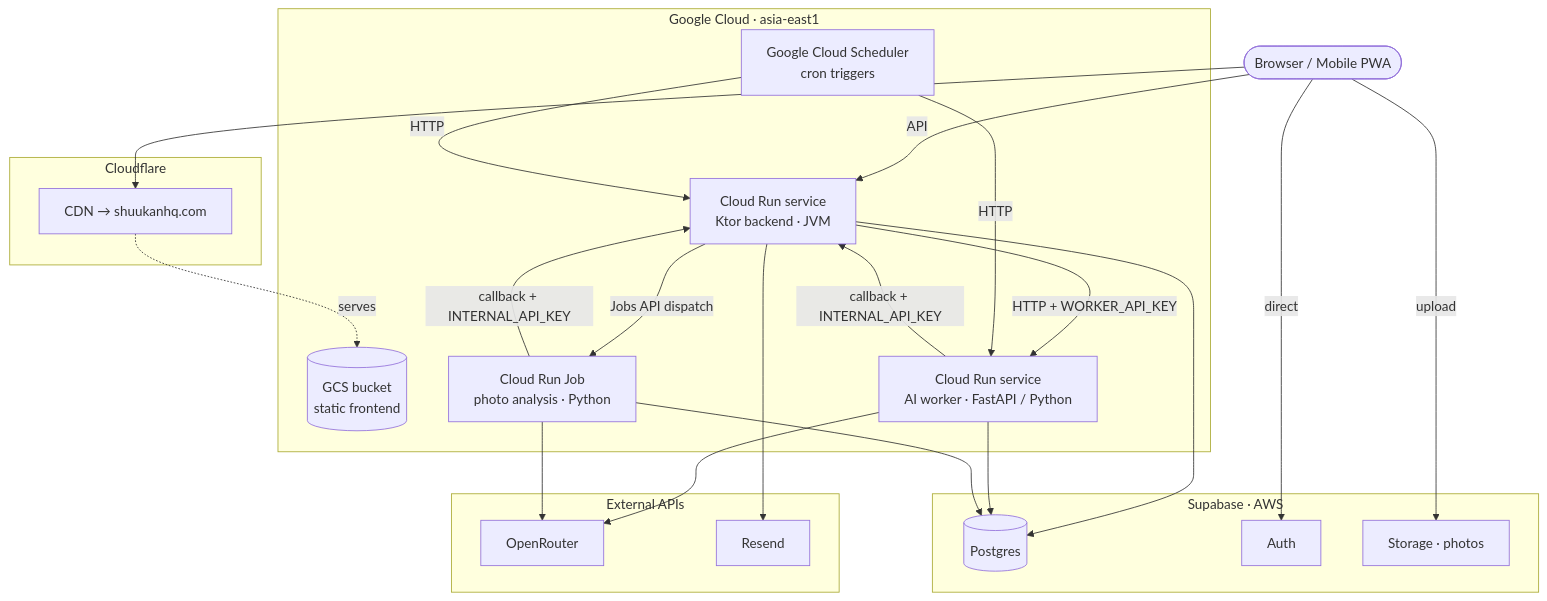
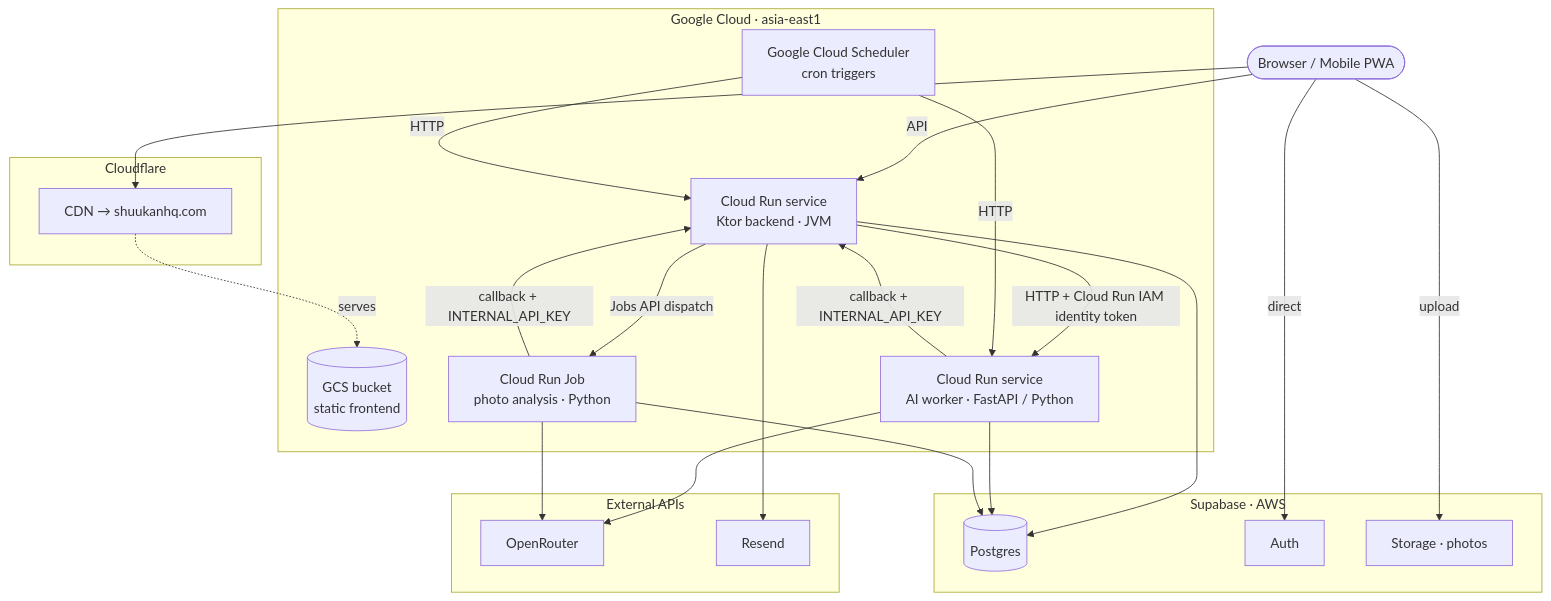
Before and after one commit to iahsanujunda/kanji-masta: the first of 3 diagrams in docs/infra-migration.md, drawn with Mermaid. The commit also changed other lines of this file and 68 other files, not shown here.

````diff
--- a/docs/infra-migration.md
+++ b/docs/infra-migration.md
@@ -117,40 +128,40 @@
 ```mermaid
 flowchart TB
   Browser([Browser / Mobile PWA])
   subgraph CF[Cloudflare]
     CDN[CDN → shuukanhq.com]
   end
   subgraph GCP["Google Cloud · asia-east1"]
     GCS[("GCS bucket<br/>static frontend")]
     BE["Cloud Run service<br/>Ktor backend · JVM"]
     WK["Cloud Run service<br/>AI worker · FastAPI / Python"]
     JOB["Cloud Run Job<br/>photo analysis · Python"]
     SCH["Google Cloud Scheduler<br/>cron triggers"]
   end
   subgraph SB["Supabase · AWS"]
     PG[("Postgres")]
     AUTH["Auth"]
     ST["Storage · photos"]
   end
   subgraph EXT["External APIs"]
     AI["OpenRouter"]
     RS["Resend"]
   end
   Browser --> CDN
   CDN -. serves .-> GCS
   Browser -->|API| BE
   Browser -->|direct| AUTH
   Browser -->|upload| ST
-  BE -->|HTTP + WORKER_API_KEY| WK
+  BE -->|HTTP + Cloud Run IAM identity token| WK
   BE -->|Jobs API dispatch| JOB
   WK -->|callback + INTERNAL_API_KEY| BE
   JOB -->|callback + INTERNAL_API_KEY| BE
   SCH -->|HTTP| WK
   SCH -->|HTTP| BE
   BE --> PG
   WK --> PG
   JOB --> PG
   WK --> AI
   JOB --> AI
   BE --> RS
 ```
````
